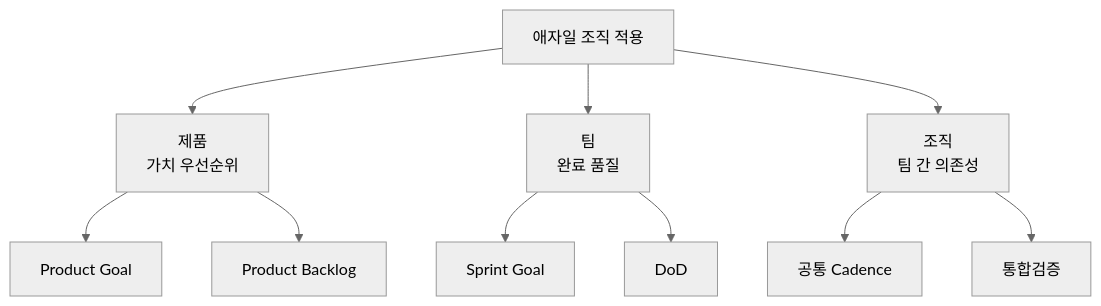
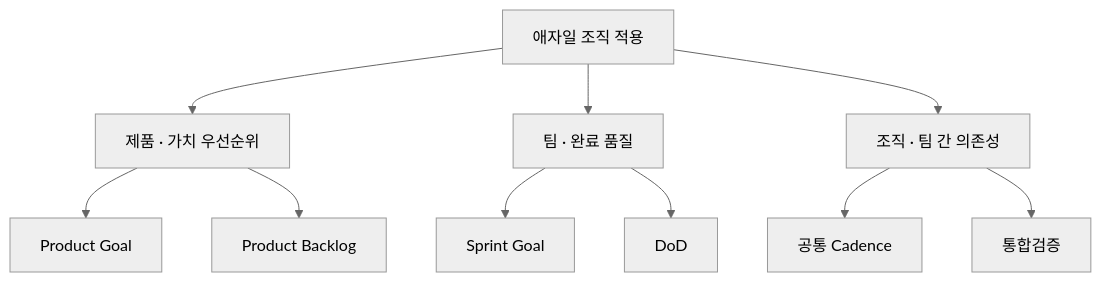
The second of 3 diagrams in src/content/docs/notes/itpe/01-it-strategy/013_agile_response_strategy.md (agnusdei1207/study), drawn with Mermaid (neutral theme) before and after one commit. The commit also changed other lines of this file and 19 other files, not shown here.

````diff
--- a/src/content/docs/notes/itpe/01-it-strategy/013_agile_response_strategy.md
+++ b/src/content/docs/notes/itpe/01-it-strategy/013_agile_response_strategy.md
@@ -80,12 +87,12 @@
 ```mermaid
 flowchart TD
-    A["애자일 조직 적용"] --> P["제품<br/>가치 우선순위"]
-    A --> T["팀<br/>완료 품질"]
-    A --> O["조직<br/>팀 간 의존성"]
+    A["애자일 조직 적용"] --> P["제품 · 가치 우선순위"]
+    A --> T["팀 · 완료 품질"]
+    A --> O["조직 · 팀 간 의존성"]
     P --> PG["Product Goal"]
     P --> PB["Product Backlog"]
     T --> SG["Sprint Goal"]
     T --> DD["DoD"]
     O --> C["공통 Cadence"]
     O --> IV["통합검증"]
 ```
````
